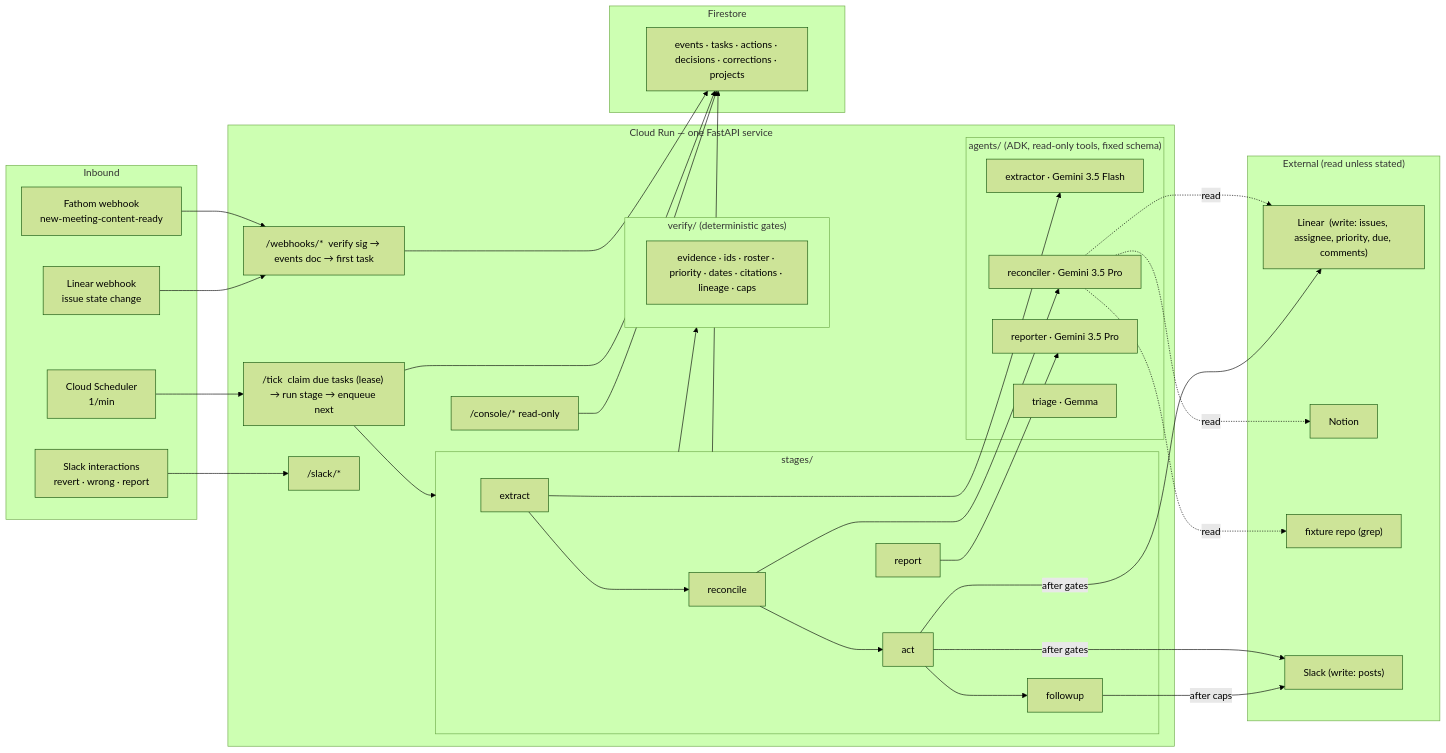
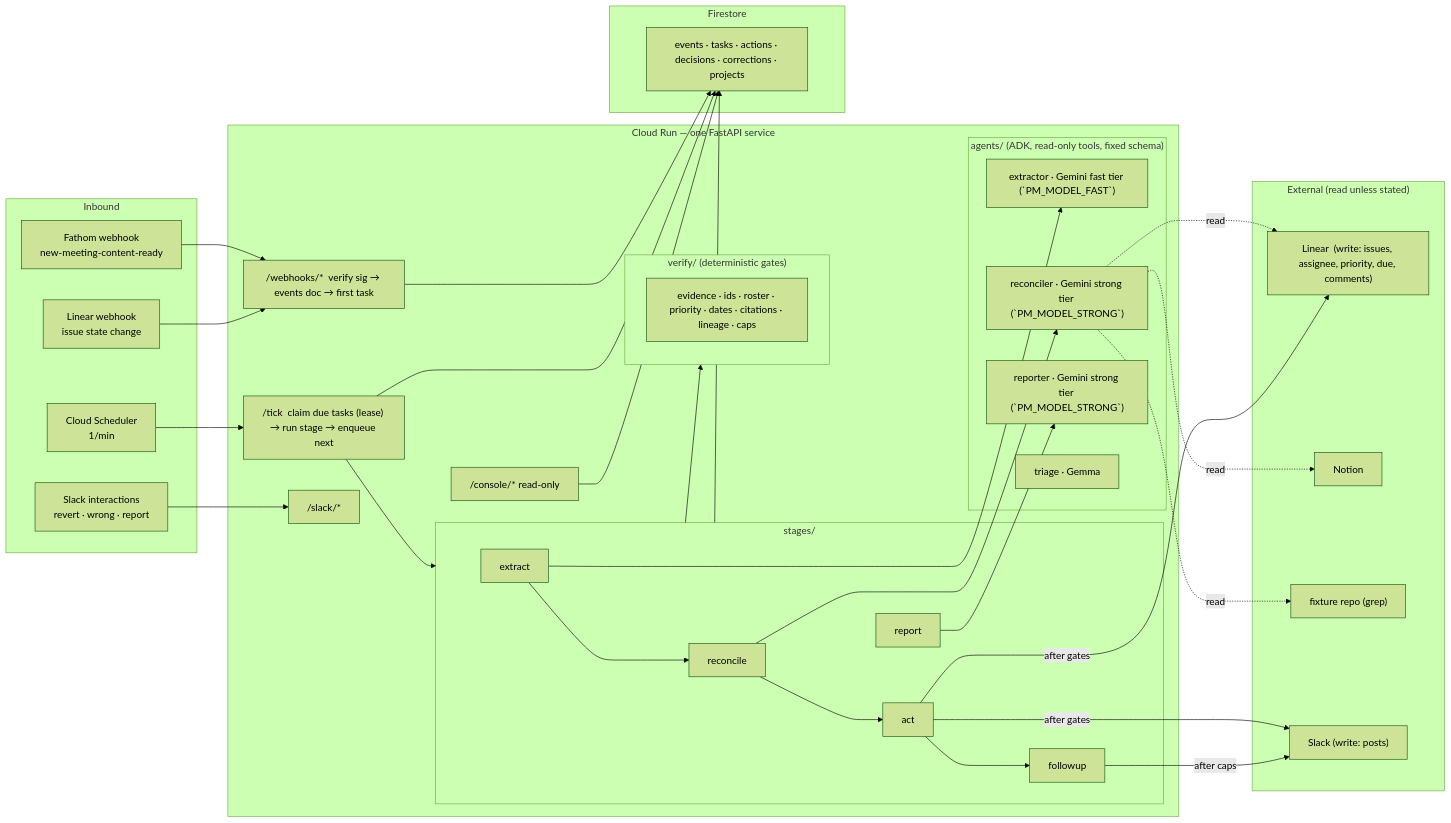
One commit to alijon30/pm-agent changed the diagram in docs/superpowers/specs/2026-08-26-pm-agent-design.md. Above: the diagram before and after it, drawn with Mermaid (forest theme). The commit also changed other lines of this file and 1 other file, not shown here.

Commit message:
docs: Plan 1 (day-1 foundation) and verified model ids in the spec

````diff
--- a/docs/superpowers/specs/2026-08-26-pm-agent-design.md
+++ b/docs/superpowers/specs/2026-08-26-pm-agent-design.md
@@ -79,60 +79,60 @@
 ```mermaid
 flowchart LR
     subgraph inbound["Inbound"]
         F["Fathom webhook<br/>new-meeting-content-ready"]
         L["Linear webhook<br/>issue state change"]
         S["Slack interactions<br/>revert · wrong · report"]
         C["Cloud Scheduler<br/>1/min"]
     end
 
     subgraph run["Cloud Run — one FastAPI service"]
         W["/webhooks/*  verify sig → events doc → first task"]
         T["/tick  claim due tasks (lease) → run stage → enqueue next"]
         K["/slack/*"]
         V["/console/*  read-only"]
         subgraph stages["stages/"]
             E["extract"] --> R["reconcile"] --> A["act"] --> U["followup"]
             P["report"]
         end
         subgraph agents["agents/ (ADK, read-only tools, fixed schema)"]
-            X["extractor · Gemini 3.5 Flash"]
-            Y["reconciler · Gemini 3.5 Pro"]
-            Z["reporter · Gemini 3.5 Pro"]
+            X["extractor · Gemini fast tier (`PM_MODEL_FAST`)"]
+            Y["reconciler · Gemini strong tier (`PM_MODEL_STRONG`)"]
+            Z["reporter · Gemini strong tier (`PM_MODEL_STRONG`)"]
             G["triage · Gemma"]
         end
         subgraph verify["verify/ (deterministic gates)"]
             GA["evidence · ids · roster · priority · dates · citations · lineage · caps"]
         end
     end
 
     subgraph store["Firestore"]
         D["events · tasks · actions · decisions · corrections · projects"]
     end
 
     subgraph ext["External (read unless stated)"]
         LN["Linear  (write: issues, assignee, priority, due, comments)"]
         NO["Notion"]
         CO["fixture repo (grep)"]
         SL["Slack  (write: posts)"]
     end
 
     F --> W
     L --> W
     S --> K
     C --> T
     W --> D
     T --> D
     T --> stages
     E --> X
     R --> Y
     P --> Z
     stages --> verify
     Y -.read.-> LN
     Y -.read.-> NO
     Y -.read.-> CO
     A -->|"after gates"| LN
     A -->|"after gates"| SL
     U -->|"after caps"| SL
     stages --> D
     V --> D
 ```
````
